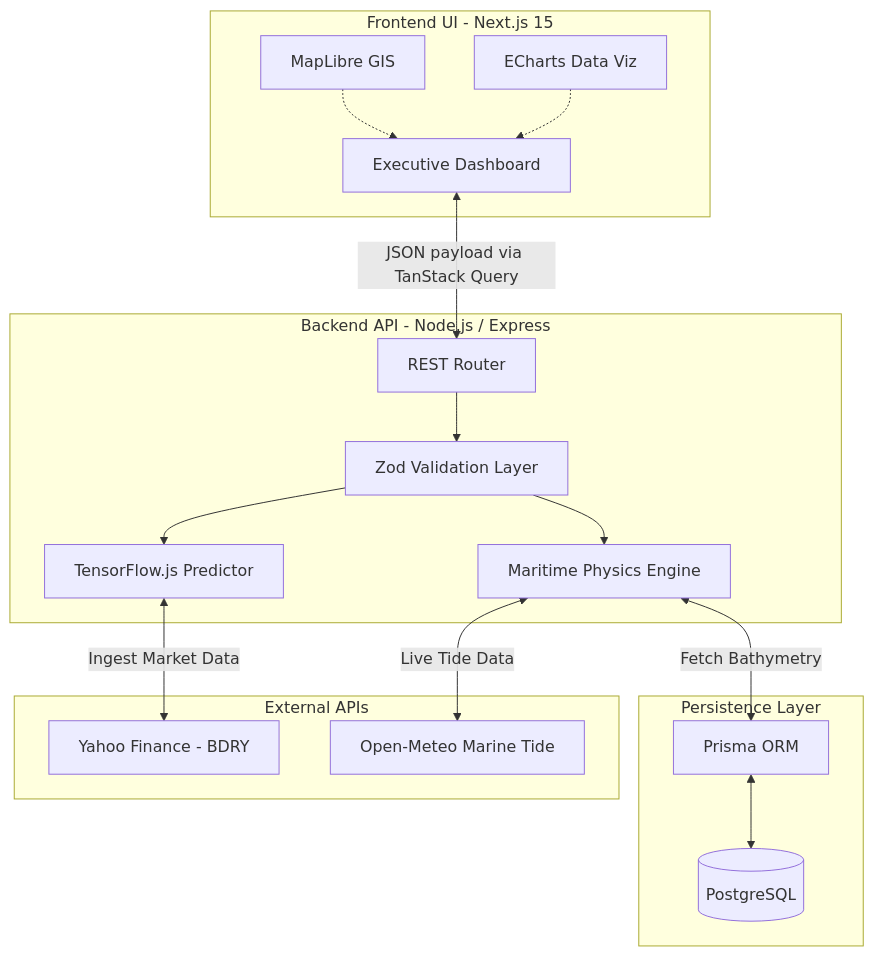
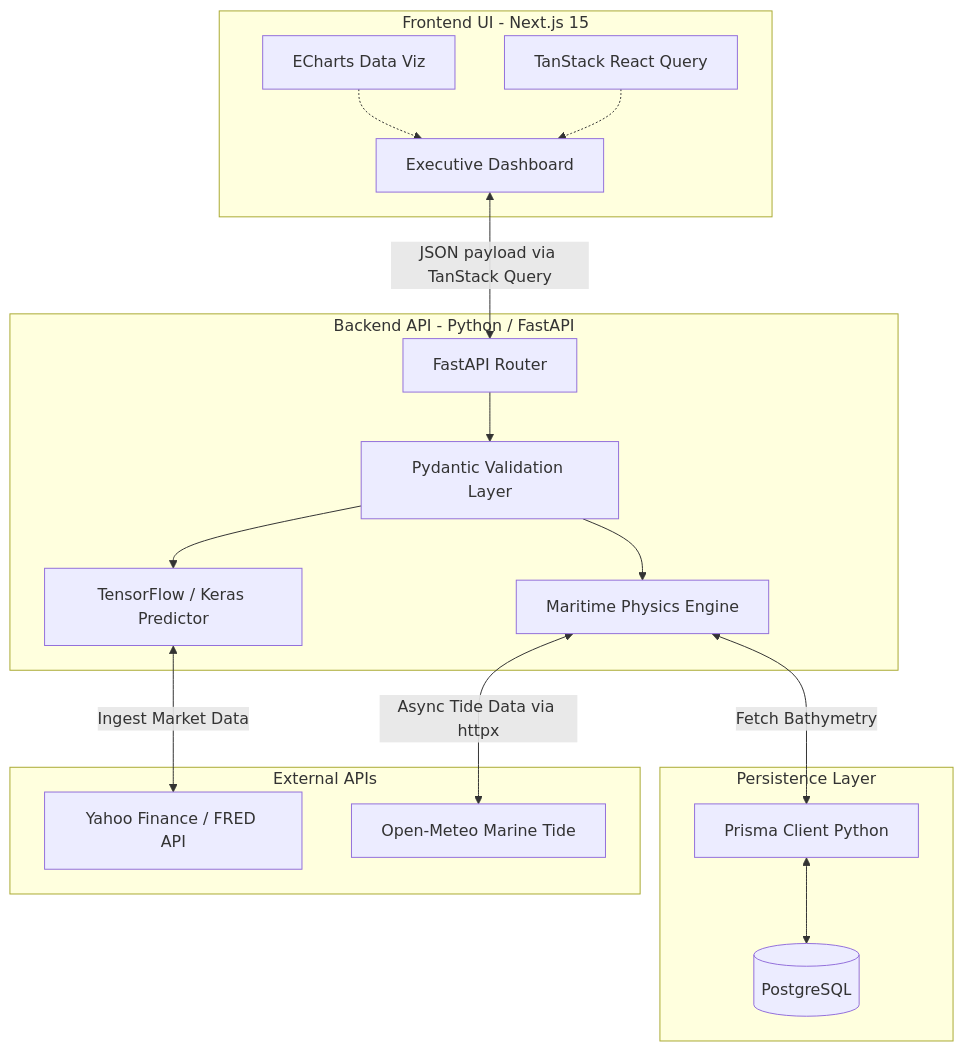
The diagram in README.md (IamNishant51/KargoSetu), drawn with Mermaid before and after one commit. The commit also changed other lines of this file and 1 other file, not shown here.

Commit message:
Docs: document Python backend run instructions and revamp README

````diff
--- a/README.md
+++ b/README.md
@@ -51,43 +55,43 @@
 ```mermaid
 graph TD
     %% Define Client Layer
     subgraph Client [Frontend UI - Next.js 15]
         UI[Executive Dashboard]
-        Map[MapLibre GIS]
         Charts[ECharts Data Viz]
+        TQ[TanStack React Query]
     end
 
     %% Define Server Layer
-    subgraph Backend [Backend API - Node.js / Express]
-        API[REST Router]
+    subgraph Backend [Backend API - Python / FastAPI]
+        API[FastAPI Router]
         Math[Maritime Physics Engine]
-        ML[TensorFlow.js Predictor]
-        Auth[Zod Validation Layer]
+        ML[TensorFlow / Keras Predictor]
+        Auth[Pydantic Validation Layer]
     end
 
     %% Define Data & External Layers
     subgraph Database [Persistence Layer]
         PG[(PostgreSQL)]
-        Prisma[Prisma ORM]
+        Prisma[Prisma Client Python]
     end
 
     subgraph External [External APIs]
-        YF[Yahoo Finance - BDRY]
+        YF[Yahoo Finance / FRED API]
         Meteo[Open-Meteo Marine Tide]
     end
 
     %% Connections
     UI <-->|JSON payload via TanStack Query| API
-    Map -.-> UI
     Charts -.-> UI
+    TQ -.-> UI
 
     API --> Auth
     Auth --> Math
     Auth --> ML
 
     Math <-->|Fetch Bathymetry| Prisma
     Prisma <--> PG
-    Math <-->|Live Tide Data| Meteo
+    Math <-->|Async Tide Data via httpx| Meteo
 
     ML <-->|Ingest Market Data| YF
 ```
````
